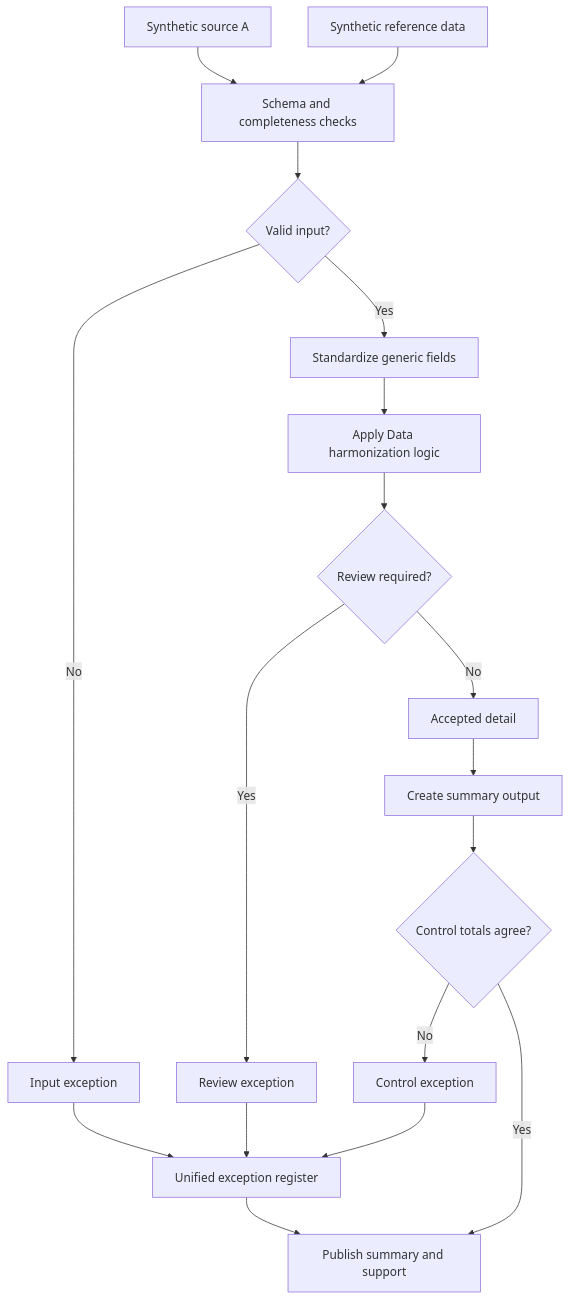
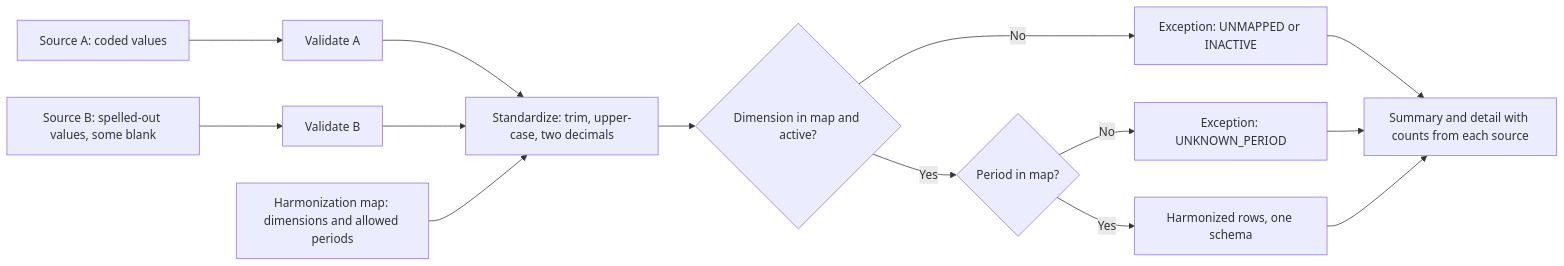
The diagram in case-studies/02-multi-source-harmonization/README.md (Erkzucr/automation-analytics-portfolio), drawn with Mermaid before and after one commit. The commit also changed 17 other files, not shown here.

````diff
--- a/case-studies/02-multi-source-harmonization/README.md
+++ b/case-studies/02-multi-source-harmonization/README.md
@@ -17,20 +17,16 @@
 ```mermaid
-flowchart TB
- A1[Synthetic source A] --> B[Schema and completeness checks]
- A2[Synthetic reference data] --> B
- B --> C{Valid input?}
- C -- No --> X1[Input exception]
- C -- Yes --> D[Standardize generic fields]
- D --> E[Apply Data harmonization logic]
- E --> F{Review required?}
- F -- Yes --> X2[Review exception]
- F -- No --> G[Accepted detail]
- G --> H[Create summary output]
- H --> I{Control totals agree?}
- I -- No --> X3[Control exception]
- I -- Yes --> J[Publish summary and support]
- X1 --> K[Unified exception register]
- X2 --> K
- X3 --> K
- K --> J
+flowchart LR
+ S1[Source A: coded values] --> V1[Validate A]
+ S2[Source B: spelled-out values, some blank] --> V2[Validate B]
+ V1 --> N[Standardize: trim, upper-case, two decimals]
+ V2 --> N
+ M[Harmonization map: dimensions and allowed periods] --> N
+ N --> D{Dimension in map and active?}
+ D -- No --> X[Exception: UNMAPPED or INACTIVE]
+ D -- Yes --> P{Period in map?}
+ P -- No --> X2[Exception: UNKNOWN_PERIOD]
+ P -- Yes --> H[Harmonized rows, one schema]
+ H --> O[Summary and detail with counts from each source]
+ X --> O
+ X2 --> O
 ```
````
